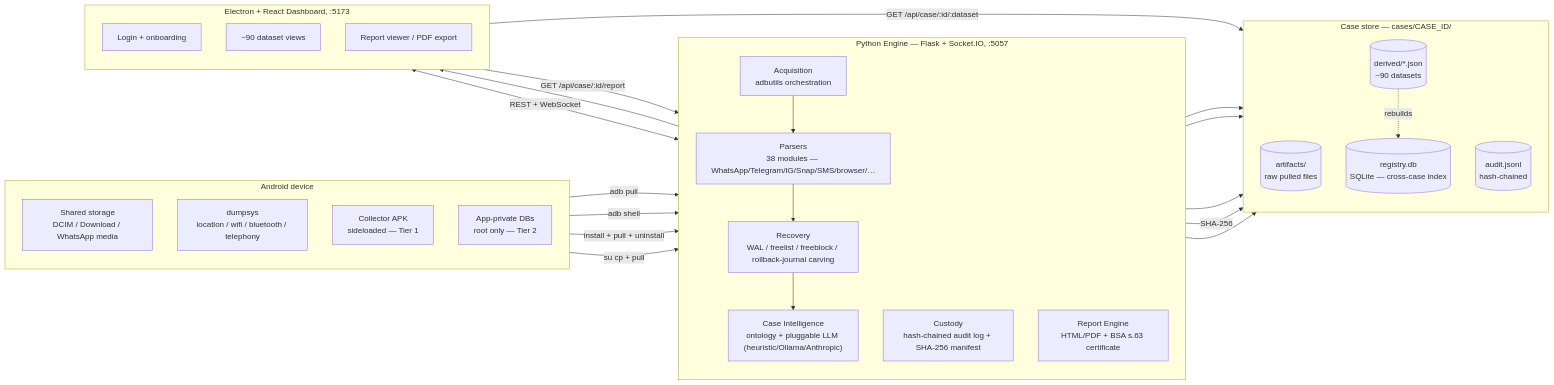
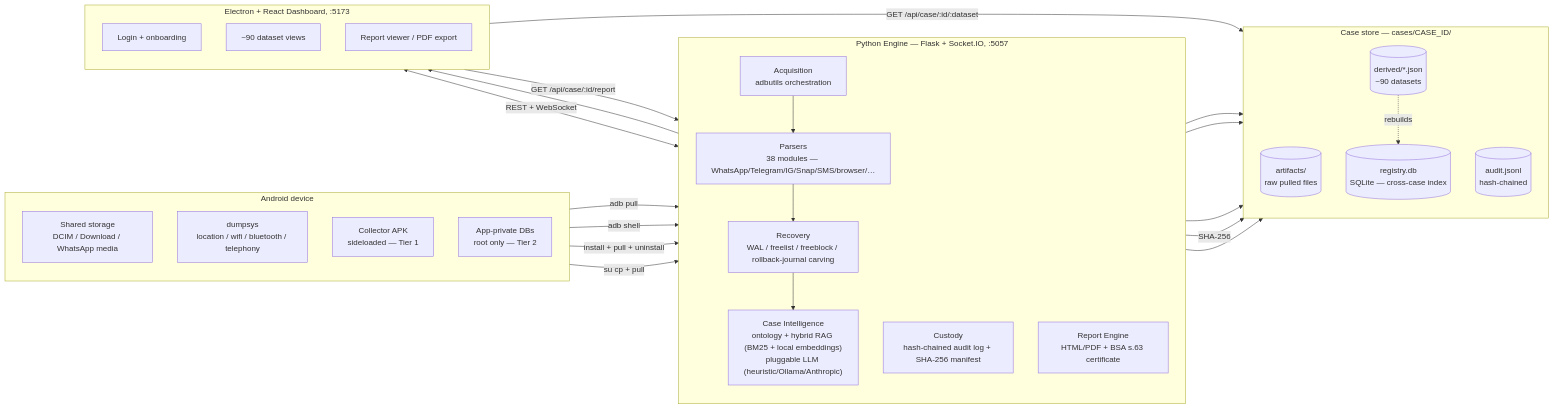
The third of 3 diagrams in docs/ARCHITECTURE.md (Punya23/Android_Forensic), drawn with Mermaid before and after one commit. The commit also changed other lines of this file and 51 other files, not shown here.

````diff
--- a/docs/ARCHITECTURE.md
+++ b/docs/ARCHITECTURE.md
@@ -73,54 +73,54 @@
 ```mermaid
 flowchart LR
     subgraph DEV["Android device"]
         direction TB
         A["Shared storage<br/>DCIM / Download / WhatsApp media"]
         B["dumpsys<br/>location / wifi / bluetooth / telephony"]
         C["Collector APK<br/>sideloaded — Tier 1"]
         Dd["App-private DBs<br/>root only — Tier 2"]
     end
 
     subgraph ENG["Python Engine — Flask + Socket.IO, :5057"]
         direction TB
         E1["Acquisition<br/>adbutils orchestration"]
         E2["Parsers<br/>38 modules — WhatsApp/Telegram/IG/Snap/SMS/browser/…"]
         E3["Recovery<br/>WAL / freelist / freeblock / rollback-journal carving"]
-        E4["Case Intelligence<br/>ontology + pluggable LLM (heuristic/Ollama/Anthropic)"]
+        E4["Case Intelligence<br/>ontology + hybrid RAG (BM25 + local embeddings)<br/>pluggable LLM (heuristic/Ollama/Anthropic)"]
         E5["Custody<br/>hash-chained audit log + SHA-256 manifest"]
         E6["Report Engine<br/>HTML/PDF + BSA s.63 certificate"]
     end
 
     subgraph DASH["Electron + React Dashboard, :5173"]
         direction TB
         F1["Login + onboarding"]
         F2["~90 dataset views"]
         F3["Report viewer / PDF export"]
     end
 
     subgraph STORE["Case store — cases/CASE_ID/"]
         direction TB
         G1[("artifacts/<br/>raw pulled files")]
         G2[("derived/*.json<br/>~90 datasets")]
         G3[("audit.jsonl<br/>hash-chained")]
         G4[("registry.db<br/>SQLite — cross-case index")]
     end
 
     A -->|adb pull| E1
     B -->|adb shell| E1
     C -->|install + pull + uninstall| E1
     Dd -->|su cp + pull| E1
 
     E1 --> E2 --> E3 --> E4
     E2 --> G2
     E3 --> G2
     E4 --> G2
     E1 -->|SHA-256| G1
     E5 --> G3
     E6 --> F3
 
     E1 <-->|REST + WebSocket| F1
     F2 -->|GET /api/case/:id/:dataset| G2
     F3 -->|GET /api/case/:id/report| E6
 
     G2 -.rebuilds.-> G4
 ```
````
